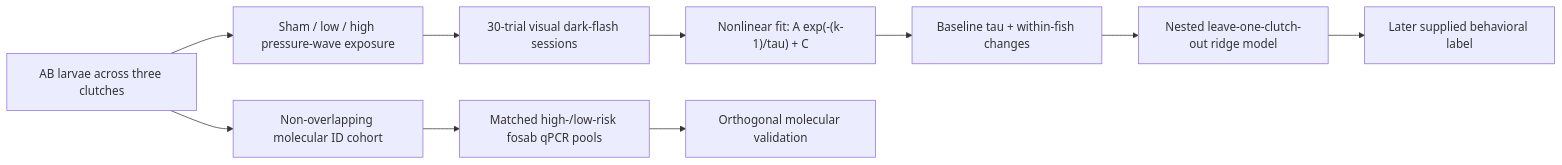
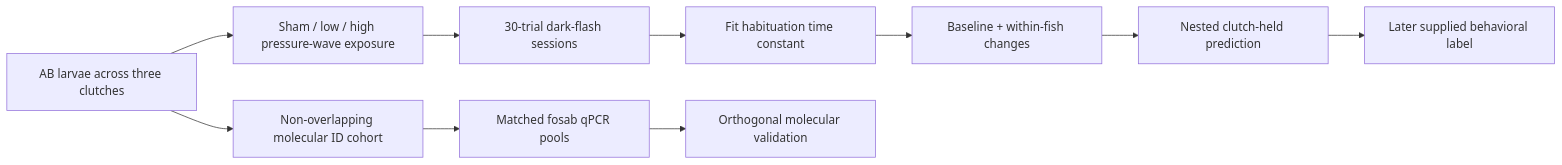
Before and after one commit to josephreggy23-coder/Behavioral-PTE: the diagram in README.md, drawn with Mermaid. The commit also changed other lines of this file and 1 other file, not shown here.

````diff
--- a/README.md
+++ b/README.md
@@ -101,12 +63,12 @@
 ```mermaid
 flowchart LR
     A["AB larvae across three clutches"] --> B["Sham / low / high pressure-wave exposure"]
-    B --> C["30-trial visual dark-flash sessions"]
-    C --> D["Nonlinear fit: A exp(-(k-1)/tau) + C"]
-    D --> E["Baseline tau + within-fish changes"]
-    E --> F["Nested leave-one-clutch-out ridge model"]
+    B --> C["30-trial dark-flash sessions"]
+    C --> D["Fit habituation time constant"]
+    D --> E["Baseline + within-fish changes"]
+    E --> F["Nested clutch-held prediction"]
     F --> G["Later supplied behavioral label"]
     A --> H["Non-overlapping molecular ID cohort"]
-    H --> I["Matched high-/low-risk fosab qPCR pools"]
+    H --> I["Matched fosab qPCR pools"]
     I --> J["Orthogonal molecular validation"]
 ```
````
